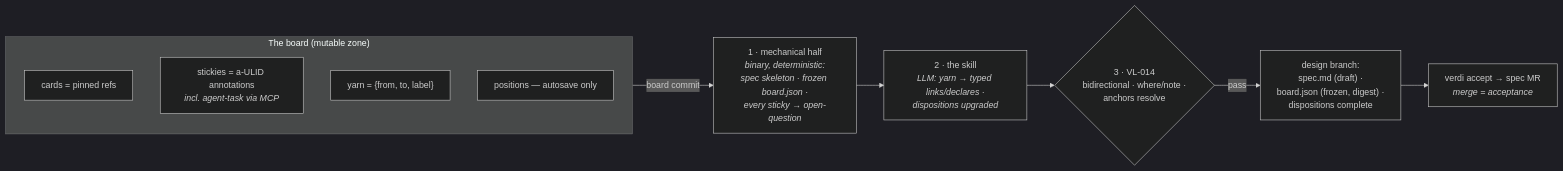
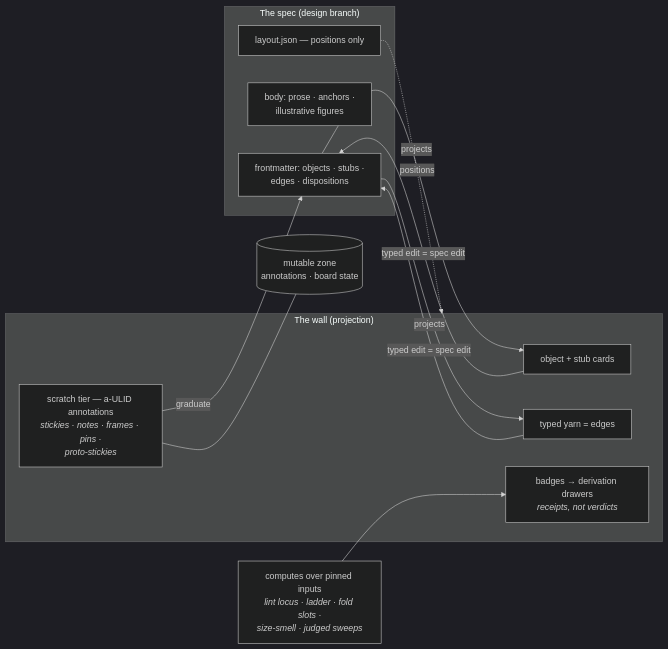
The second of 3 diagrams in docs/architecture-and-journeys.md (jyang234/verdi), drawn with Mermaid (dark theme) before and after one commit. The commit also changed other lines of this file and 1 other file, not shown here.

````diff
--- a/docs/architecture-and-journeys.md
+++ b/docs/architecture-and-journeys.md
@@ -253,15 +353,25 @@
 ```mermaid
 flowchart LR
-    subgraph board ["The board (mutable zone)"]
-        CARD["cards = pinned refs"]
-        STICKY["stickies = a-ULID annotations<br/><i>incl. agent-task via MCP</i>"]
-        YARN["yarn = {from, to, label}"]
-        POS["positions — autosave only"]
+    subgraph spec ["The spec (design branch)"]
+        FM["frontmatter: objects · stubs ·<br/>edges · dispositions"]
+        BODY["body: prose · anchors ·<br/>illustrative figures"]
+        LAYOUT["layout.json — positions only"]
     end
-    MECH["1 · mechanical half<br/><i>binary, deterministic:<br/>spec skeleton · frozen board.json ·<br/>every sticky → open-question</i>"]
-    SKILL["2 · the skill<br/><i>LLM: yarn → typed links/declares ·<br/>dispositions upgraded</i>"]
-    GATE{"3 · VL-014<br/>bidirectional · where/note ·<br/>anchors resolve"}
-    OUT["design branch:<br/>spec.md (draft) ·<br/>board.json (frozen, digest) ·<br/>dispositions complete"]
-    ACCEPT["verdi accept → spec MR<br/><i>merge = acceptance</i>"]
-    board -- "board commit" --> MECH --> SKILL --> GATE -- pass --> OUT --> ACCEPT
+    subgraph wall ["The wall (projection)"]
+        CARDS["object + stub cards"]
+        YARN["typed yarn = edges"]
+        SCRATCH["scratch tier — a-ULID annotations<br/><i>stickies · notes · frames · pins ·<br/>proto-stickies</i>"]
+        BADGES["badges → derivation drawers<br/><i>receipts, not verdicts</i>"]
+    end
+    COMPUTES["computes over pinned inputs<br/><i>lint locus · ladder · fold slots ·<br/>size-smell · judged sweeps</i>"]
+    MUT[("mutable zone<br/>annotations · board state")]
+
+    FM -- projects --> CARDS
+    FM -- projects --> YARN
+    CARDS -- "typed edit = spec edit" --> FM
+    YARN -- "typed edit = spec edit" --> FM
+    SCRATCH --- MUT
+    SCRATCH -- graduate --> FM
+    COMPUTES --> BADGES
+    LAYOUT -. positions .-> wall
 ```
````
